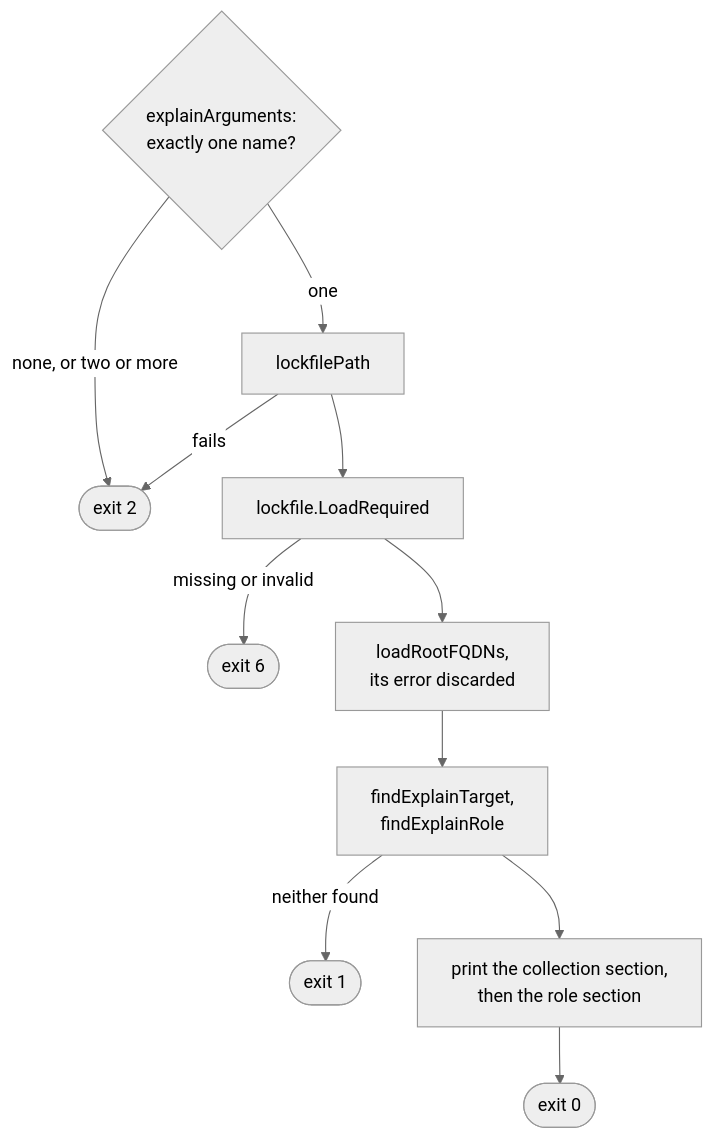
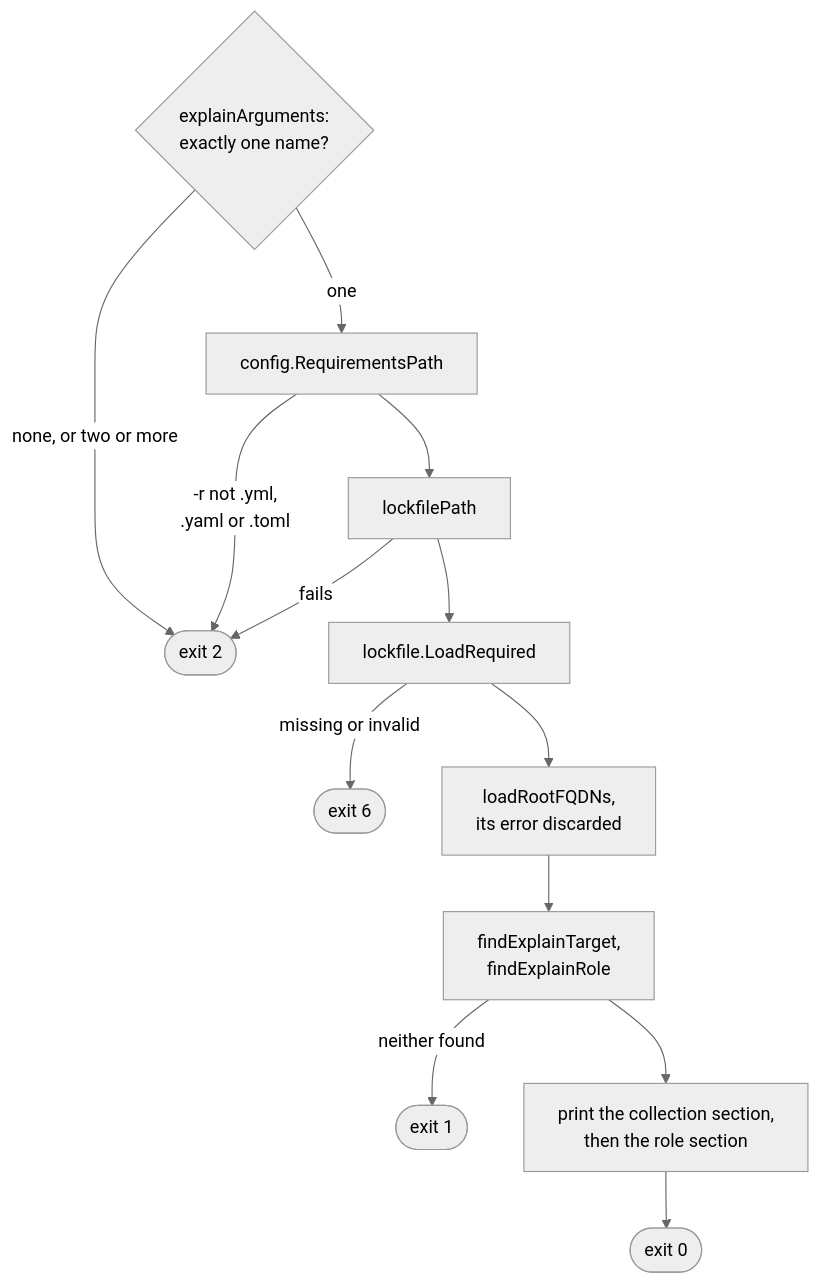
One commit to greeddj/go-galaxy changed the fourth of 4 diagrams in docs/internals/flow-hash-tree-explain.md. Above: the diagram before and after it, drawn with Mermaid (neutral theme). The commit also changed other lines of this file and 36 other files, not shown here.

````diff
--- a/docs/internals/flow-hash-tree-explain.md
+++ b/docs/internals/flow-hash-tree-explain.md
@@ -109,13 +113,15 @@
 ```mermaid
 flowchart TD
     A{"explainArguments:<br/>exactly one name?"} -->|"none, or two or more"| X2(["exit 2"])
-    A -->|"one"| LP["lockfilePath"]
+    A -->|"one"| RP["config.RequirementsPath"]
+    RP -->|"-r not .yml,<br/>.yaml or .toml"| X2
+    RP --> LP["lockfilePath"]
     LP -->|"fails"| X2
     LP --> LR["lockfile.LoadRequired"]
     LR -->|"missing or invalid"| X6(["exit 6"])
     LR --> RQ["loadRootFQDNs,<br/>its error discarded"]
     RQ --> FD["findExplainTarget,<br/>findExplainRole"]
     FD -->|"neither found"| X1(["exit 1"])
     FD --> PS["print the collection section,<br/>then the role section"]
     PS --> X0(["exit 0"])
 ```
````
